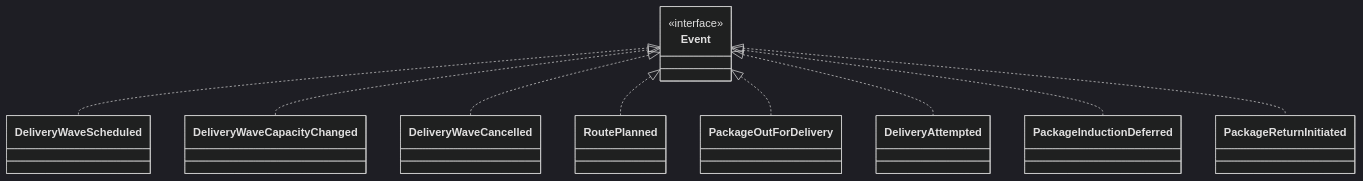
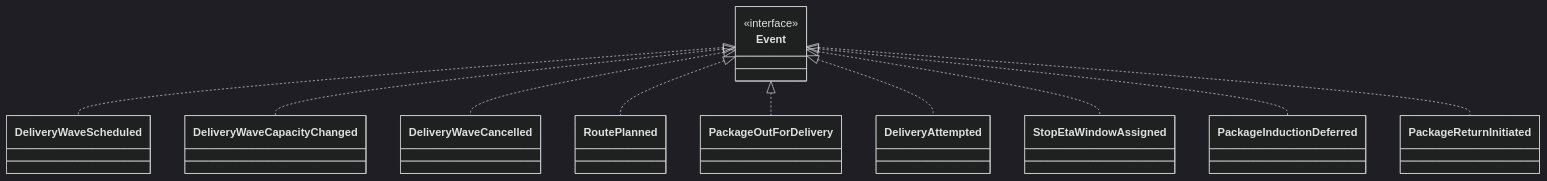
One commit to IQVO/last-mile-delivery changed the second of 3 diagrams in docs/docs/ddd/class-diagram.md. Above: the diagram before and after it, drawn with Mermaid (dark theme). The commit also changed 70 other files, not shown here.

First line of the commit message:
feat(route): stop ETA windows at route start (E3, ADR 0013) (#56)

````diff
--- a/docs/docs/ddd/class-diagram.md
+++ b/docs/docs/ddd/class-diagram.md
@@ -108,22 +108,24 @@
 ```mermaid
 classDiagram
     class Event {
         <<interface>>
     }
     class DeliveryWaveScheduled
     class DeliveryWaveCapacityChanged
     class DeliveryWaveCancelled
     class RoutePlanned
     class PackageOutForDelivery
     class DeliveryAttempted
+    class StopEtaWindowAssigned
     class PackageInductionDeferred
     class PackageReturnInitiated
     Event <|.. DeliveryWaveScheduled
     Event <|.. DeliveryWaveCapacityChanged
     Event <|.. DeliveryWaveCancelled
     Event <|.. RoutePlanned
     Event <|.. PackageOutForDelivery
     Event <|.. DeliveryAttempted
+    Event <|.. StopEtaWindowAssigned
     Event <|.. PackageInductionDeferred
     Event <|.. PackageReturnInitiated
 ```
````
